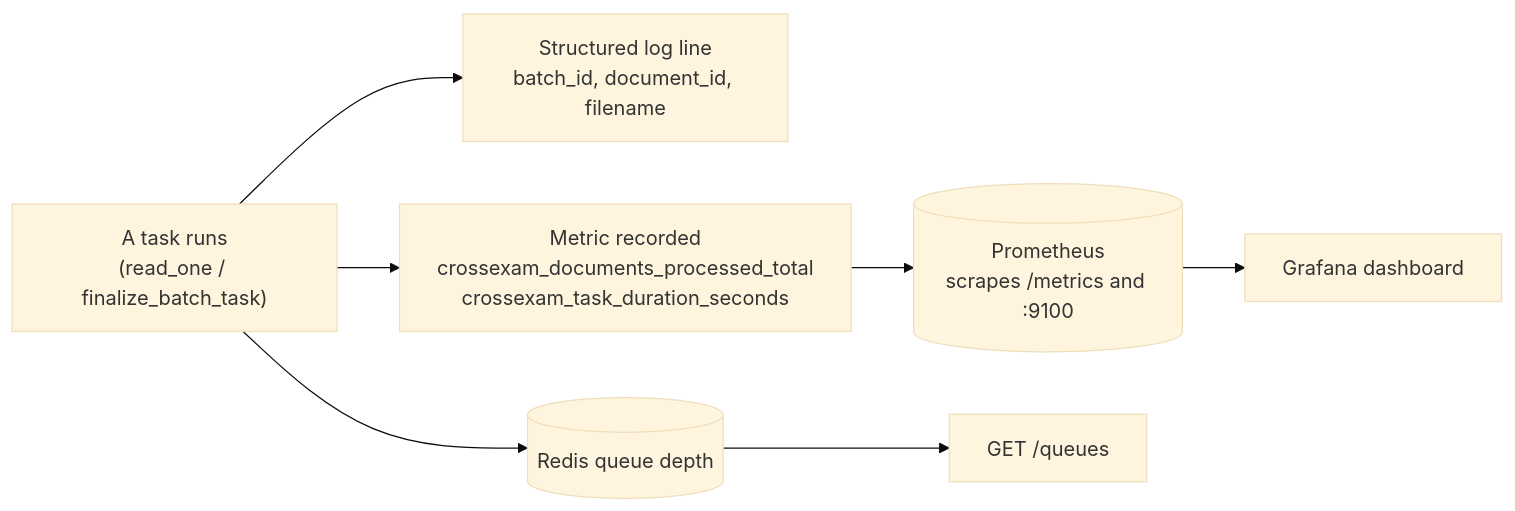
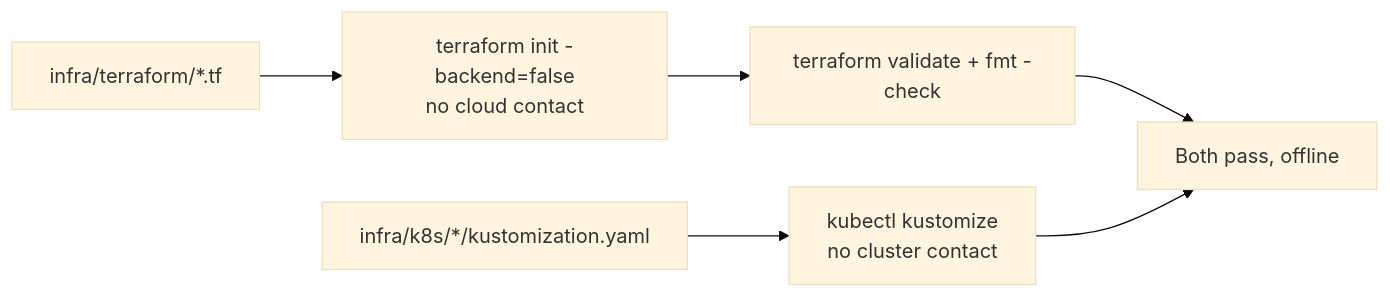
The second of 2 diagrams in README.md (capchitts/crossexam-project), drawn with Mermaid (base theme) before and after one commit. The commit also changed other lines of this file and 28 other files, not shown here.

````diff
--- a/README.md
+++ b/README.md
@@ -35,9 +35,8 @@
 ```mermaid
 flowchart LR
-    T["A task runs<br/>(read_one / finalize_batch_task)"] --> L["Structured log line<br/>batch_id, document_id, filename"]
-    T --> M["Metric recorded<br/>crossexam_documents_processed_total<br/>crossexam_task_duration_seconds"]
-    M --> P[("Prometheus<br/>scrapes /metrics and :9100")]
-    P --> G["Grafana dashboard"]
-    T --> Q[("Redis queue depth")]
-    Q --> API["GET /queues"]
+    TF["infra/terraform/*.tf"] --> I["terraform init -backend=false<br/>no cloud contact"]
+    I --> V["terraform validate + fmt -check"]
+    K["infra/k8s/*/kustomization.yaml"] --> B["kubectl kustomize<br/>no cluster contact"]
+    V --> OK["Both pass, offline"]
+    B --> OK
 ```
````
